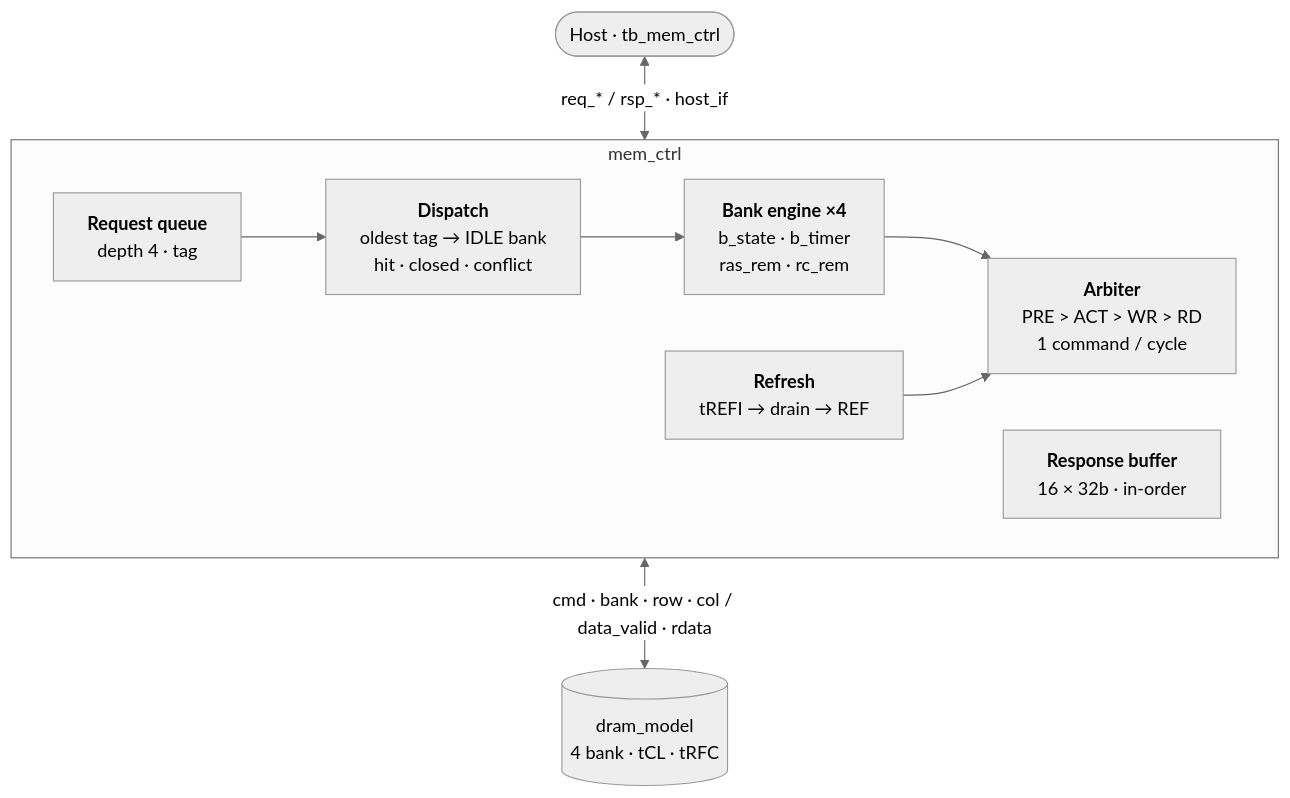
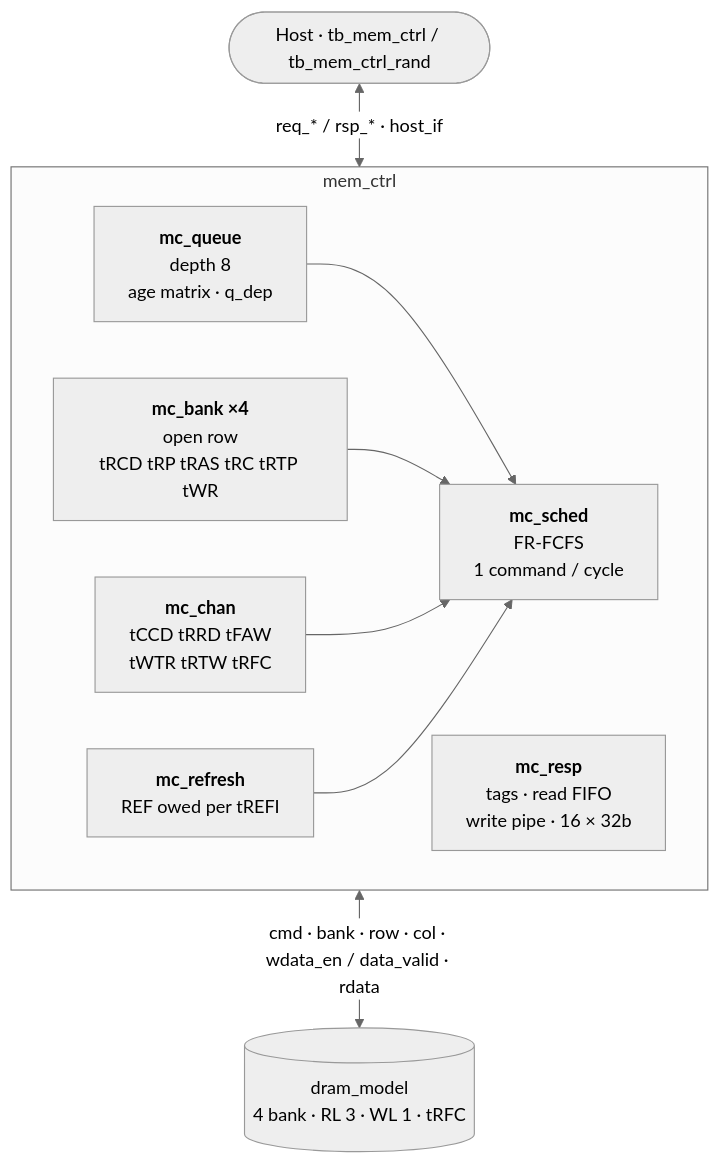
One commit to yhkwon-git/mini-dram-controller changed the diagram in README.md. Above: the diagram before and after it, drawn with Mermaid (neutral theme). The commit also changed other lines of this file and 7 other files, not shown here.

First line of the commit message:
docs: v2 spec, architecture, verification and performance

````diff
--- a/README.md
+++ b/README.md
@@ -55,13 +62,15 @@
 ```mermaid
 flowchart TB
-  HOST(["Host · tb_mem_ctrl"])
+  HOST(["Host · tb_mem_ctrl / tb_mem_ctrl_rand"])
   subgraph MC["mem_ctrl"]
     direction LR
-    Q["<b>Request queue</b><br/>depth 4 · tag"] --> DSP["<b>Dispatch</b><br/>oldest tag → IDLE bank<br/>hit · closed · conflict"] --> ENG["<b>Bank engine ×4</b><br/>b_state · b_timer<br/>ras_rem · rc_rem"] --> ARB["<b>Arbiter</b><br/>PRE > ACT > WR > RD<br/>1 command / cycle"]
-    REF["<b>Refresh</b><br/>tREFI → drain → REF"] --> ARB
-    RSP["<b>Response buffer</b><br/>16 × 32b · in-order"]
+    Q["<b>mc_queue</b><br/>depth 8<br/>age matrix · q_dep"] --> S["<b>mc_sched</b><br/>FR-FCFS<br/>1 command / cycle"]
+    B["<b>mc_bank ×4</b><br/>open row<br/>tRCD tRP tRAS tRC tRTP tWR"] --> S
+    C["<b>mc_chan</b><br/>tCCD tRRD tFAW<br/>tWTR tRTW tRFC"] --> S
+    R["<b>mc_refresh</b><br/>REF owed per tREFI"] --> S
+    P["<b>mc_resp</b><br/>tags · read FIFO<br/>write pipe · 16 × 32b"]
   end
-  DRAM[("dram_model<br/>4 bank · tCL · tRFC")]
+  DRAM[("dram_model<br/>4 bank · RL 3 · WL 1 · tRFC")]
   HOST <-->|"req_* / rsp_* · host_if"| MC
-  MC <-->|"cmd · bank · row · col / data_valid · rdata"| DRAM
+  MC <-->|"cmd · bank · row · col · wdata_en / data_valid · rdata"| DRAM
 ```
````
